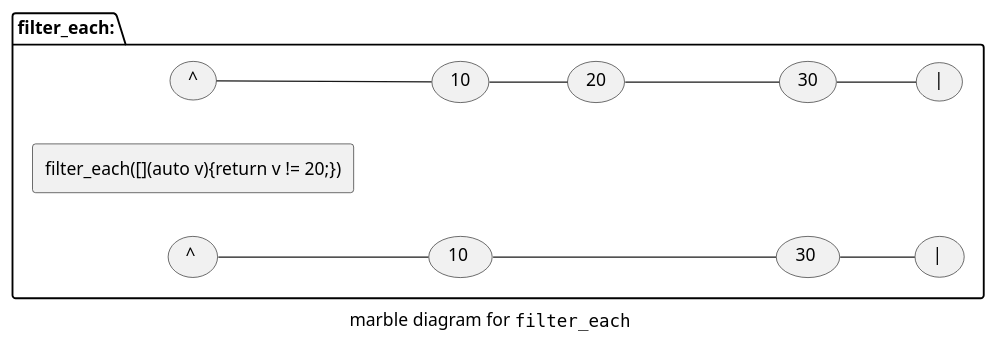
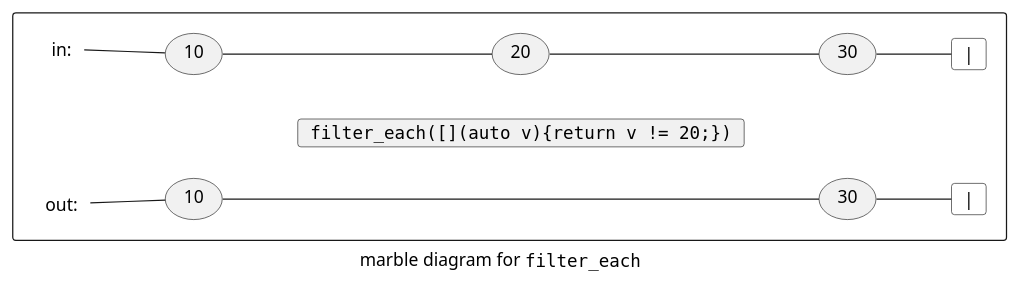
One commit to kirkshoop/sequence-next changed the seventh of 16 diagrams in sequences.md. Above: the diagram before and after it, drawn with PlantUML. The commit also changed other lines of this file, not shown here.

````diff
--- a/sequences.md
+++ b/sequences.md
@@ -465,14 +477,25 @@
 ```plantuml
 caption marble diagram for ""filter_each""
 left to right direction
-package filter_each: {
-(^) -- (10)
-(10) -- (20)
-(20) --- (30)
-(30) -- (|)
-rectangle ""filter_each([](auto v){return v != 20;})""
-(^ ) -- (10 )
-(10 ) ---- (30 )
-(30 ) -- (| )
+rectangle {
+card iS as "in:" #transparent;line:transparent 
+usecase i10 as "10"
+usecase i20 as "20"
+usecase i30 as "30"
+card iE as "|" #transparent
+iS -- i10
+i10 -- i20
+i20 -- i30
+i30 -- iE
+usecase anc as " " #transparent;line:transparent
+card fn as """filter_each([](auto v){return v != 20;})""" 
+anc -[hidden]-- fn
+card oS as "out:" #transparent;line:transparent
+usecase o10 as "10"
+usecase o30 as "30"
+card oE as "|" #transparent
+oS -- o10
+o10 --- o30
+o30 -- oE
 }
 ```
````
